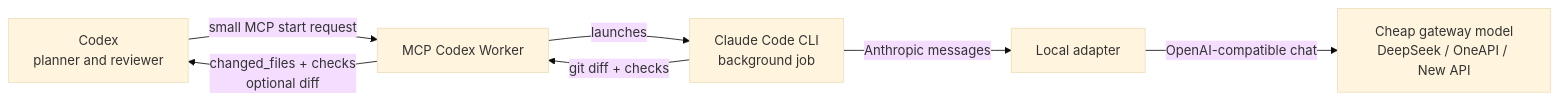
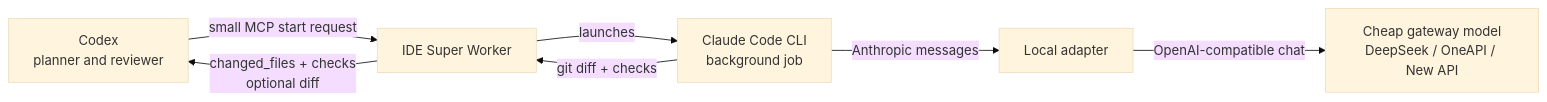
Before and after one commit to luzmatrix002/ide-super-worker: the diagram in README.md, drawn with Mermaid (base theme). The commit also changed other lines of this file and 29 other files, not shown here.

Commit message:
feat: launch ide super worker

````diff
--- a/README.md
+++ b/README.md
@@ -36,9 +36,9 @@
 ```mermaid
 flowchart LR
-  A["Codex<br/>planner and reviewer"] -->|"small MCP start request"| B["MCP Codex Worker"]
+  A["Codex<br/>planner and reviewer"] -->|"small MCP start request"| B["IDE Super Worker"]
   B -->|"launches"| C["Claude Code CLI<br/>background job"]
   C -->|"Anthropic messages"| D["Local adapter"]
   D -->|"OpenAI-compatible chat"| E["Cheap gateway model<br/>DeepSeek / OneAPI / New API"]
   C -->|"git diff + checks"| B
   B -->|"changed_files + checks<br/>optional diff"| A
 ```
````
